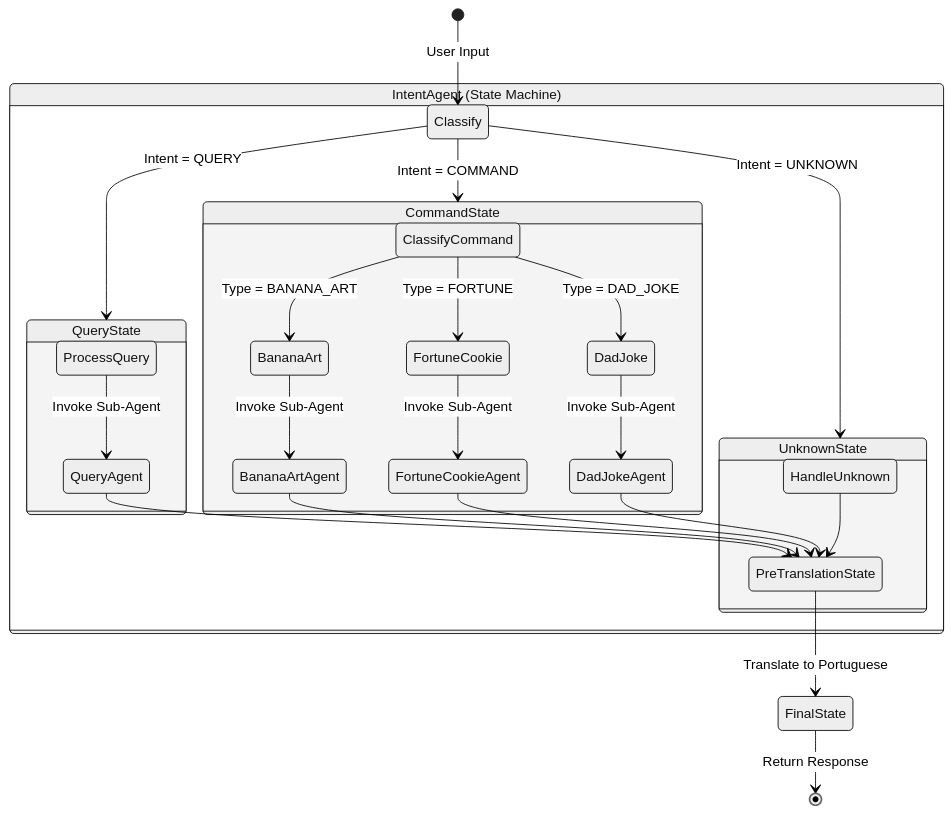
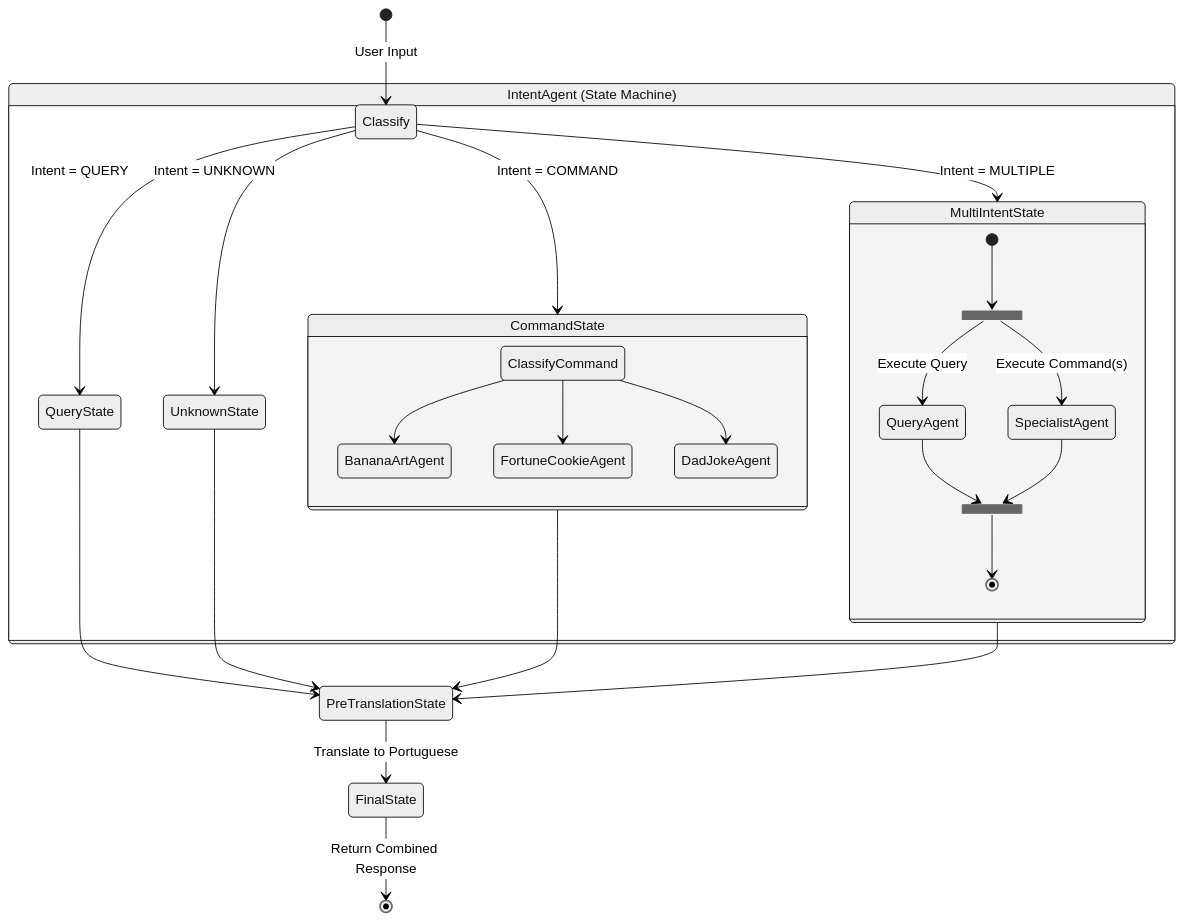
One commit to LiveNathan/embabelsubagenttest changed the first of 2 diagrams in README.md. Above: the diagram before and after it, drawn with Mermaid (neutral theme).

Commit message:
Update README.md to reflect new MultiIntentState and parallel processing flow adjustments in state machine diagram

````diff
--- a/README.md
+++ b/README.md
@@ -49,36 +49,38 @@
 ```mermaid
 stateDiagram-v2
     [*] --> Classify: User Input
+
     state "IntentAgent (State Machine)" as Router {
 Classify --> QueryState: Intent = QUERY
 Classify --> CommandState: Intent = COMMAND
+Classify --> MultiIntentState: Intent = MULTIPLE
 Classify --> UnknownState: Intent = UNKNOWN
 
-state QueryState {
-ProcessQuery --> QueryAgent: Invoke Sub-Agent
+state MultiIntentState {
+state fork_parallel <<fork>>
+[*] --> fork_parallel
+
+fork_parallel --> QueryAgent: Execute Query
+fork_parallel --> SpecialistAgent: Execute Command(s)
+
+state join_parallel <<join>>
+QueryAgent --> join_parallel
+SpecialistAgent --> join_parallel
+join_parallel --> [*]
 }
 
 state CommandState {
-ClassifyCommand --> BananaArt: Type = BANANA_ART
-ClassifyCommand --> FortuneCookie: Type = FORTUNE
-ClassifyCommand --> DadJoke: Type = DAD_JOKE
-
-BananaArt --> BananaArtAgent: Invoke Sub-Agent
-FortuneCookie --> FortuneCookieAgent: Invoke Sub-Agent
-DadJoke --> DadJokeAgent: Invoke Sub-Agent
-}
-
-state UnknownState {
-HandleUnknown --> PreTranslationState
+ClassifyCommand --> BananaArtAgent
+ClassifyCommand --> FortuneCookieAgent
+ClassifyCommand --> DadJokeAgent
 }
  }
 
-QueryAgent --> PreTranslationState
-BananaArtAgent --> PreTranslationState
-FortuneCookieAgent --> PreTranslationState
-DadJokeAgent --> PreTranslationState
+QueryState --> PreTranslationState
+CommandState --> PreTranslationState
+MultiIntentState --> PreTranslationState
+UnknownState --> PreTranslationState
 
 PreTranslationState --> FinalState: Translate to Portuguese
-
-FinalState --> [*]: Return Response
+FinalState --> [*]: Return Combined Response
 ```
````
